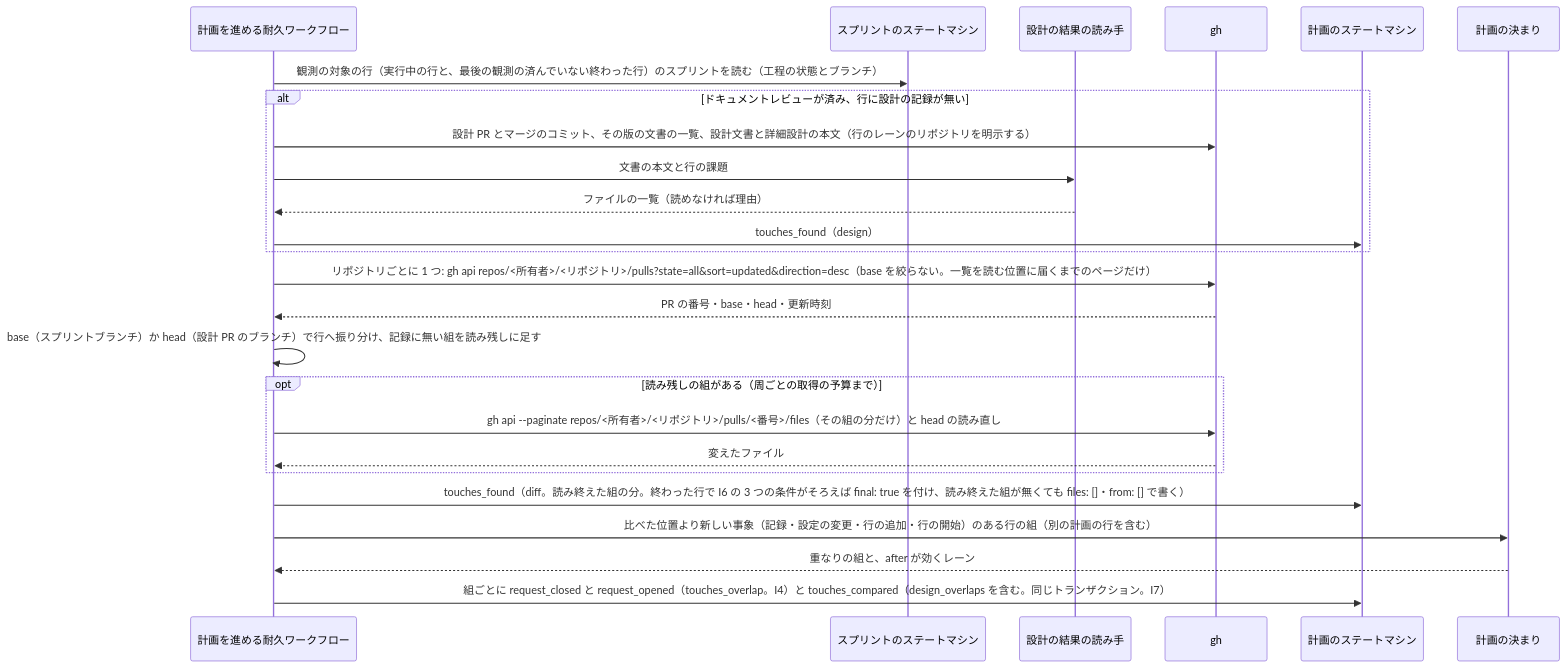
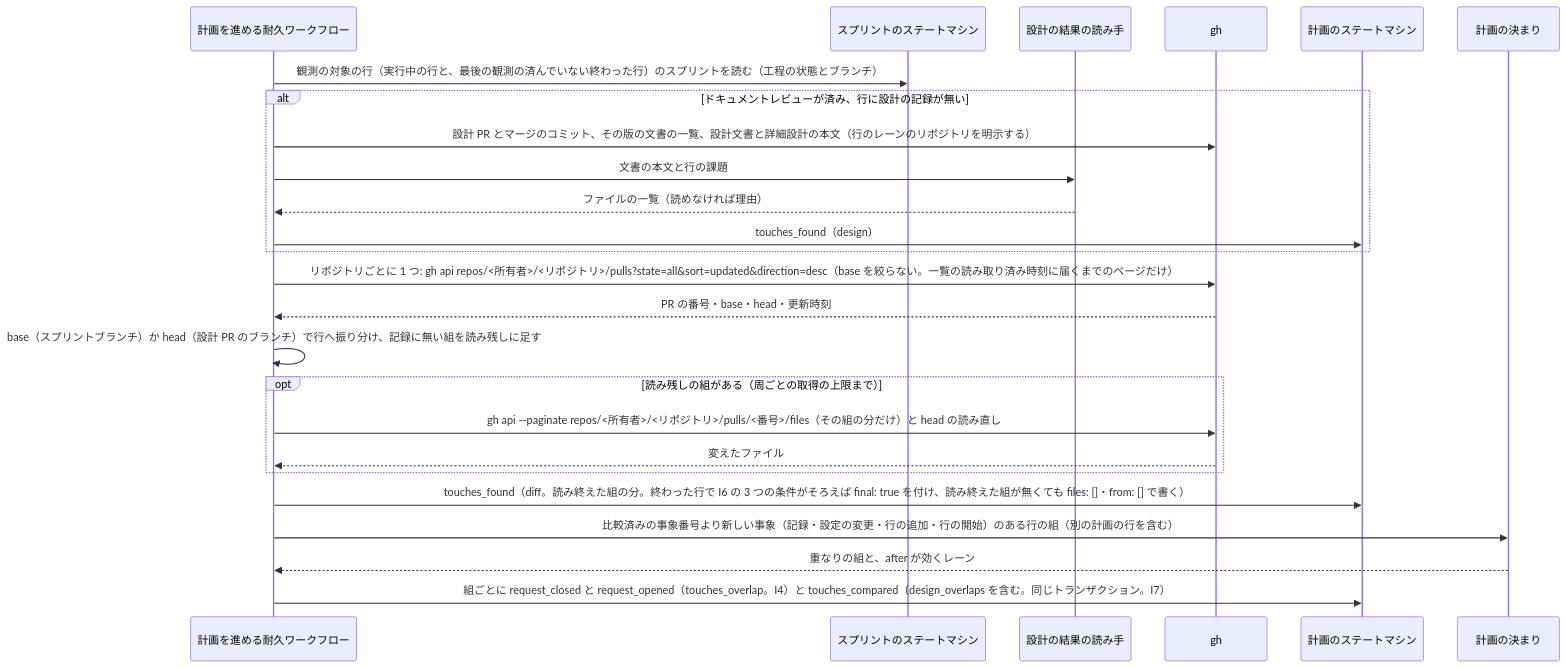
One commit to devbasex/ai-plugins changed the fourth of 5 diagrams in issues/issue-4295-2037-design.md. Above: the diagram before and after it, drawn with Mermaid. The commit also changed other lines of this file and 4 other files, not shown here.

````diff
--- a/issues/issue-4295-2037-design.md
+++ b/issues/issue-4295-2037-design.md
@@ -276,27 +352,27 @@
 ```mermaid
 sequenceDiagram
     participant RUN as 計画を進める耐久ワークフロー
     participant SP as スプリントのステートマシン
     participant DR as 設計の結果の読み手
     participant GH as gh
     participant PL as 計画のステートマシン
     participant RU as 計画の決まり
     RUN->>SP: 観測の対象の行（実行中の行と、最後の観測の済んでいない終わった行）のスプリントを読む（工程の状態とブランチ）
     alt ドキュメントレビューが済み、行に設計の記録が無い
         RUN->>GH: 設計 PR とマージのコミット、その版の文書の一覧、設計文書と詳細設計の本文（行のレーンのリポジトリを明示する）
         RUN->>DR: 文書の本文と行の課題
         DR-->>RUN: ファイルの一覧（読めなければ理由）
         RUN->>PL: touches_found（design）
     end
-    RUN->>GH: リポジトリごとに 1 つ: gh api repos/<所有者>/<リポジトリ>/pulls?state=all&sort=updated&direction=desc（base を絞らない。一覧を読む位置に届くまでのページだけ）
+    RUN->>GH: リポジトリごとに 1 つ: gh api repos/<所有者>/<リポジトリ>/pulls?state=all&sort=updated&direction=desc（base を絞らない。一覧の読み取り済み時刻に届くまでのページだけ）
     GH-->>RUN: PR の番号・base・head・更新時刻
     RUN->>RUN: base（スプリントブランチ）か head（設計 PR のブランチ）で行へ振り分け、記録に無い組を読み残しに足す
-    opt 読み残しの組がある（周ごとの取得の予算まで）
+    opt 読み残しの組がある（周ごとの取得の上限まで）
         RUN->>GH: gh api --paginate repos/<所有者>/<リポジトリ>/pulls/<番号>/files（その組の分だけ）と head の読み直し
         GH-->>RUN: 変えたファイル
     end
     RUN->>PL: touches_found（diff。読み終えた組の分。終わった行で I6 の 3 つの条件がそろえば final: true を付け、読み終えた組が無くても files: []・from: [] で書く）
-    RUN->>RU: 比べた位置より新しい事象（記録・設定の変更・行の追加・行の開始）のある行の組（別の計画の行を含む）
+    RUN->>RU: 比較済みの事象番号より新しい事象（記録・設定の変更・行の追加・行の開始）のある行の組（別の計画の行を含む）
     RU-->>RUN: 重なりの組と、after が効くレーン
     RUN->>PL: 組ごとに request_closed と request_opened（touches_overlap。I4）と touches_compared（design_overlaps を含む。同じトランザクション。I7）
 ```
````
